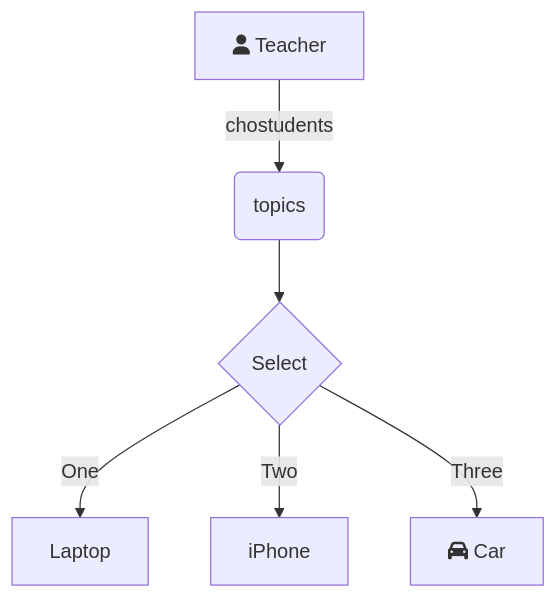
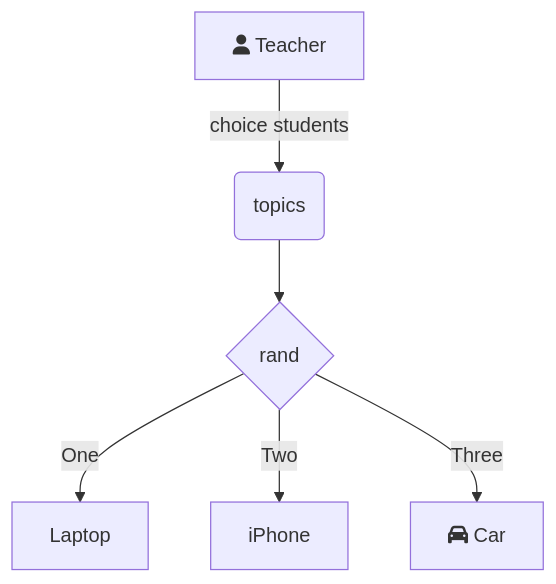
One commit to CharlieTD/iodraw-files changed the diagram in all/未命名-2.md. Above: the diagram before and after it, drawn with Mermaid.

Commit message:
2024-07-15 22:40:33 update

````diff
--- a/all/未命名-2.md
+++ b/all/未命名-2.md
@@ -1,8 +1,8 @@
 ```mermaid
 graph TD
-    A[fa:fa-user Teacher] -->|chostudents| B(topics)
-    B --> C{Select}
+    A[fa:fa-user Teacher] -->|choice students| B(topics)
+    B --> C{rand}
     C -->|One| D[Laptop]
     C -->|Two| E[iPhone]
     C -->|Three| F[fa:fa-car Car]
 ```
````
